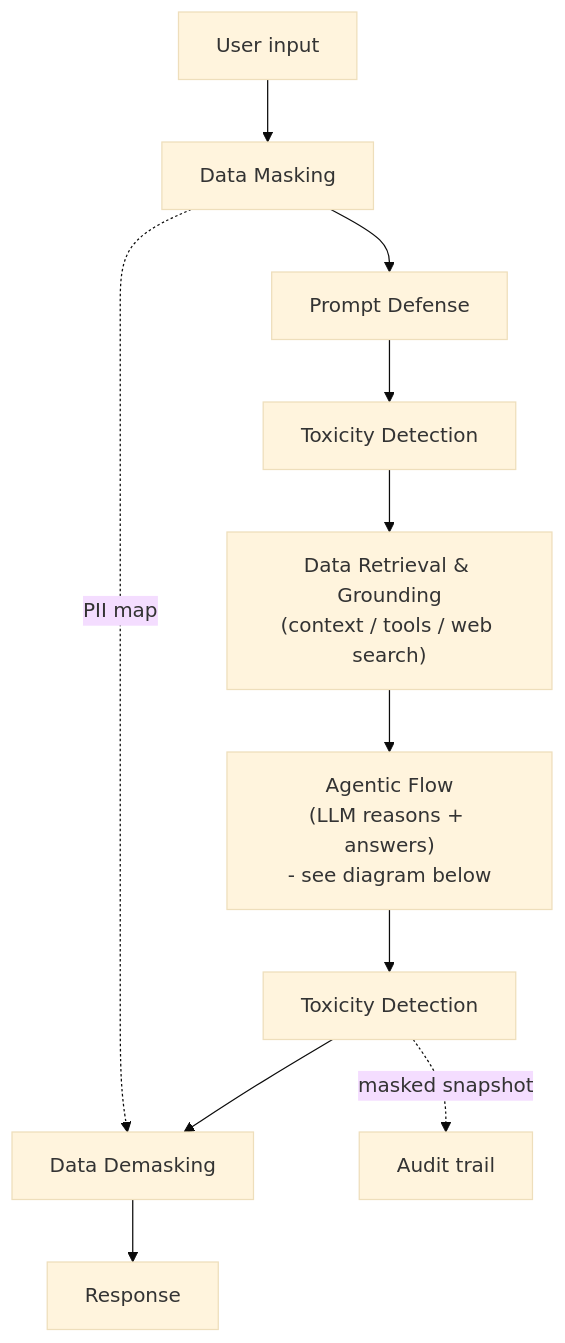
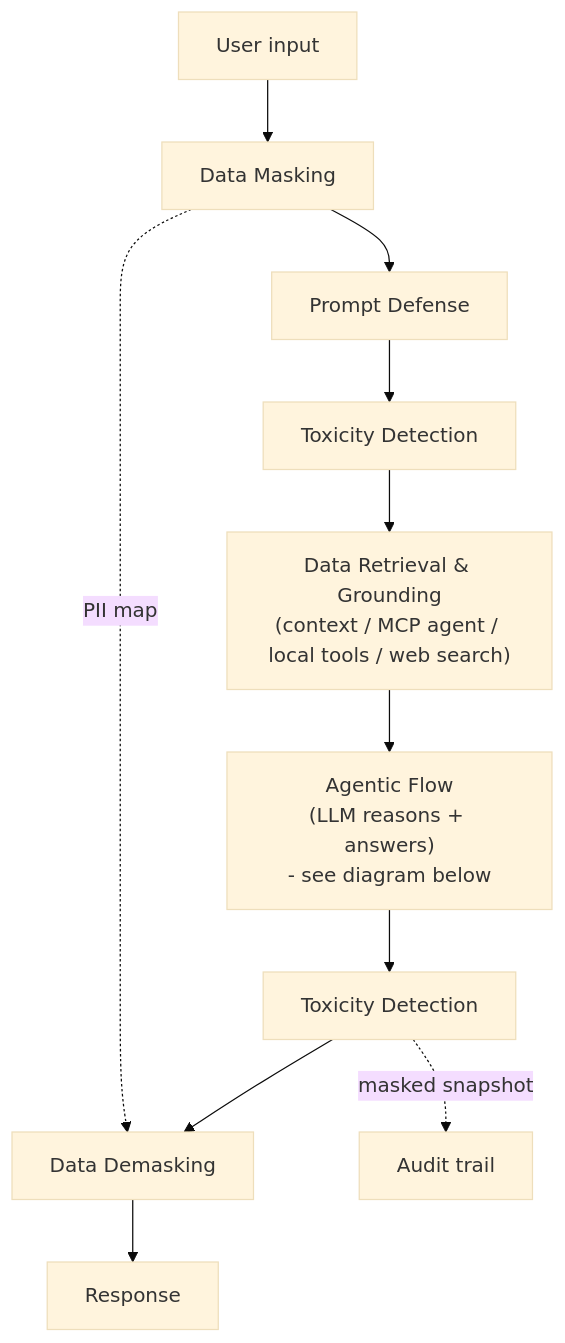
Before and after one commit to raymondsquared/worldcup2026-slack-heroku: the third of 6 diagrams in DIAGRAMS.md, drawn with Mermaid (base theme). The commit also changed other lines of this file and 26 other files, not shown here.

````diff
--- a/DIAGRAMS.md
+++ b/DIAGRAMS.md
@@ -159,14 +174,14 @@
 ```mermaid
 flowchart TD
     In["User input"] --> Mask["Data Masking"]
     Mask --> San["Prompt Defense"]
     San --> ToxIn["Toxicity Detection"]
-    ToxIn --> Retr["Data Retrieval & Grounding\n(context / tools / web search)"]
+    ToxIn --> Retr["Data Retrieval & Grounding\n(context / MCP agent / local tools / web search)"]
     Retr --> Core["Agentic Flow\n(LLM reasons + answers)\n- see diagram below"]
     Core --> ToxOut["Toxicity Detection"]
     ToxOut --> Demask["Data Demasking"]
     Demask --> Out["Response"]
     ToxOut -.->|"masked snapshot"| Audit["Audit trail"]
 
     Mask -.->|"PII map"| Demask
 ```
````
